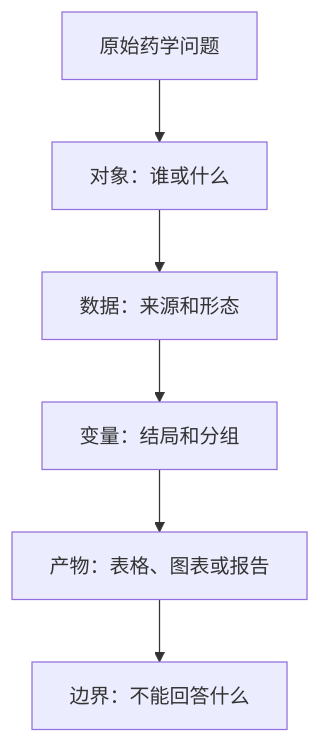
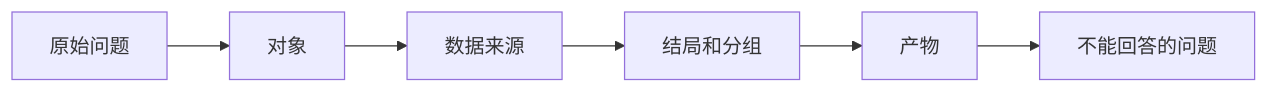
The second of 2 diagrams in docs/chapters/chapter-1/index.md (luvega/AI_MED_DataVis), drawn with Mermaid before and after one commit. The commit also changed other lines of this file and 8 other files, not shown here.

````diff
--- a/docs/chapters/chapter-1/index.md
+++ b/docs/chapters/chapter-1/index.md
@@ -294,8 +352,8 @@
 ```mermaid
-flowchart TD
-  A["原始药学问题"] --> B["对象：谁或什么"]
-  B --> C["数据：来源和形态"]
-  C --> D["变量：结局和分组"]
-  D --> E["产物：表格、图表或报告"]
-  E --> F["边界：不能回答什么"]
+flowchart LR
+  A["原始问题"] --> B["对象"]
+  B --> C["数据来源"]
+  C --> D["结局和分组"]
+  D --> E["产物"]
+  E --> F["不能回答的问题"]
 ```
````
